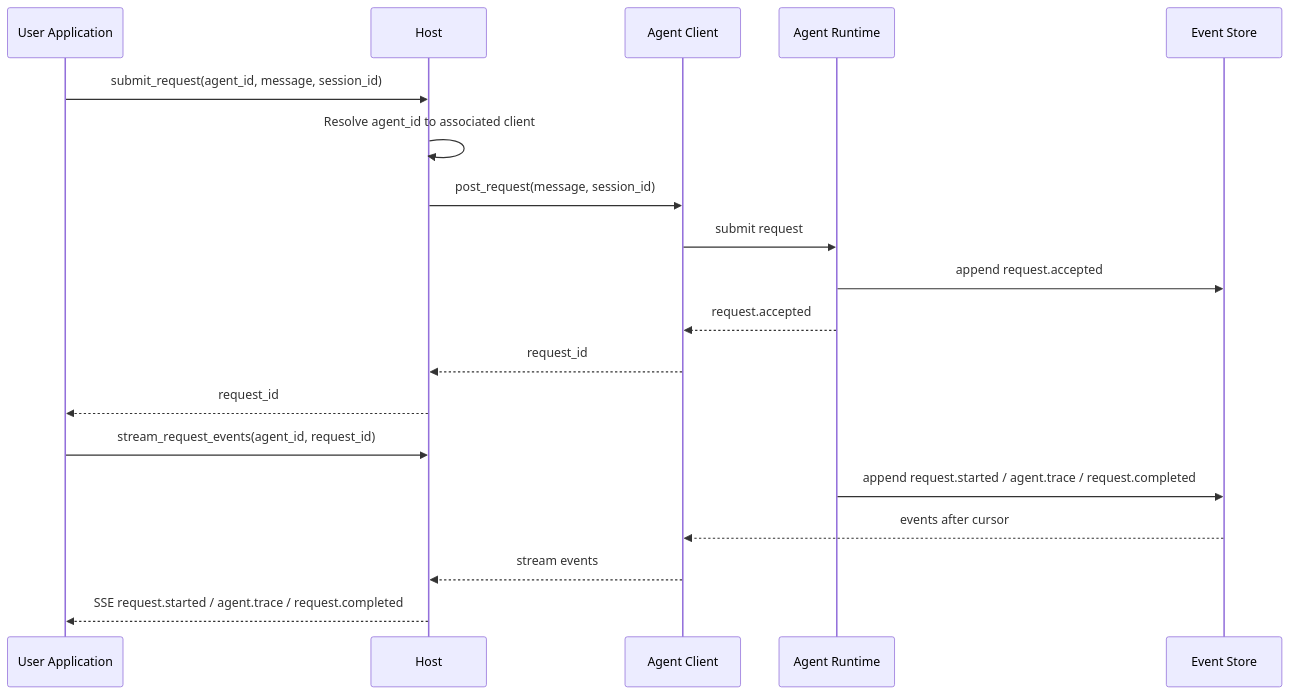
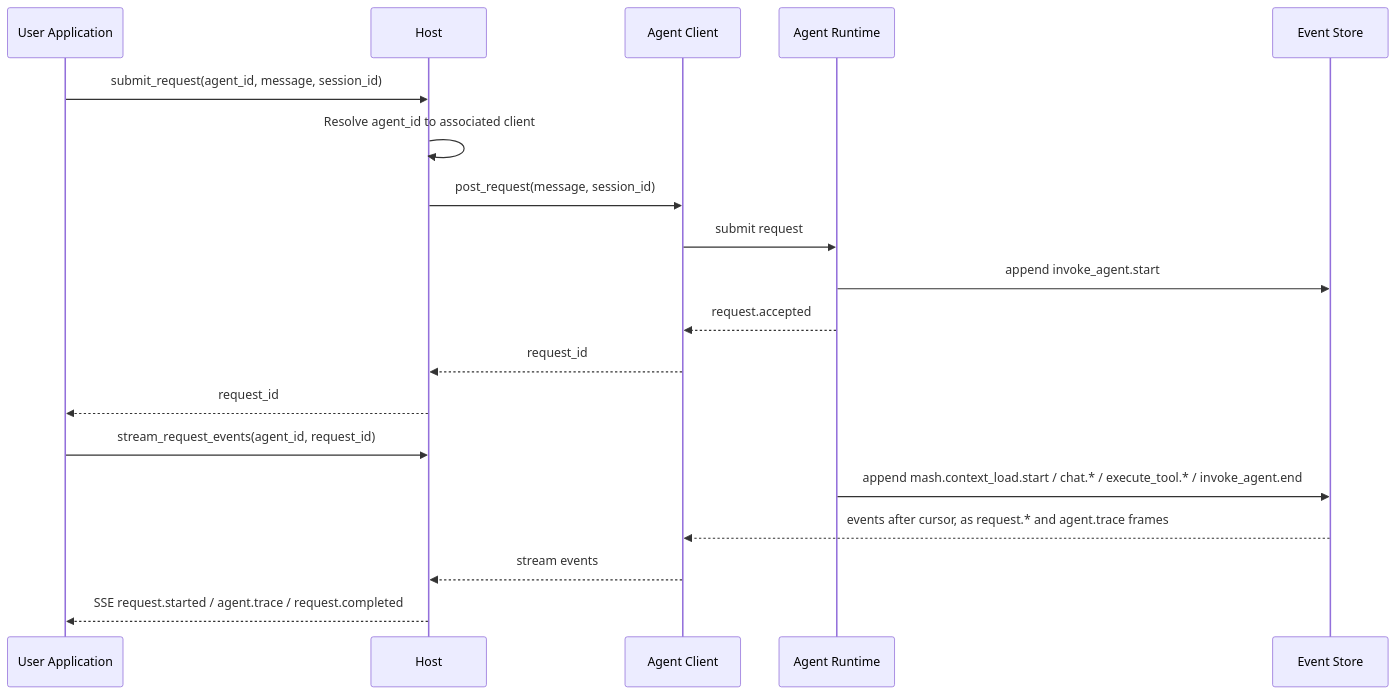
Before and after one commit to imsid/mashpy: the second of 3 diagrams in docs/rfcs/host-to-agent-protocol.md, drawn with Mermaid. The commit also changed other lines of this file and 92 other files, not shown here.

````diff
--- a/docs/rfcs/host-to-agent-protocol.md
+++ b/docs/rfcs/host-to-agent-protocol.md
@@ -155,22 +155,22 @@
 ```mermaid
 sequenceDiagram
     participant App as User Application
     participant Host
     participant Client as Agent Client
     participant Agent as Agent Runtime
     participant Store as Event Store
 
     App->>Host: submit_request(agent_id, message, session_id)
     Host->>Host: Resolve agent_id to associated client
     Host->>Client: post_request(message, session_id)
     Client->>Agent: submit request
-    Agent->>Store: append request.accepted
+    Agent->>Store: append invoke_agent.start
     Agent-->>Client: request.accepted
     Client-->>Host: request_id
     Host-->>App: request_id
     App->>Host: stream_request_events(agent_id, request_id)
-    Agent->>Store: append request.started / agent.trace / request.completed
-    Store-->>Client: events after cursor
+    Agent->>Store: append mash.context_load.start / chat.* / execute_tool.* / invoke_agent.end
+    Store-->>Client: events after cursor, as request.* and agent.trace frames
     Client-->>Host: stream events
     Host-->>App: SSE request.started / agent.trace / request.completed
 ```
````
